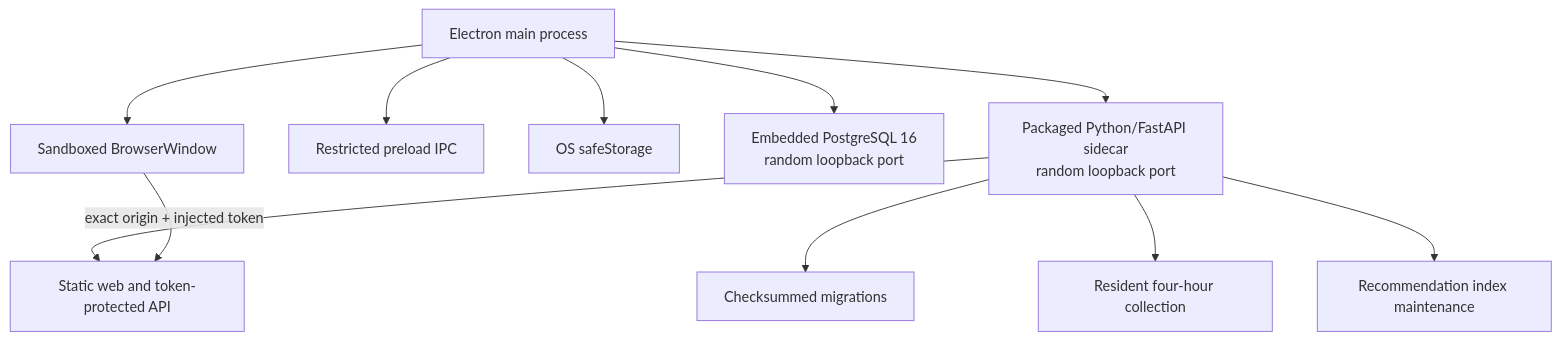
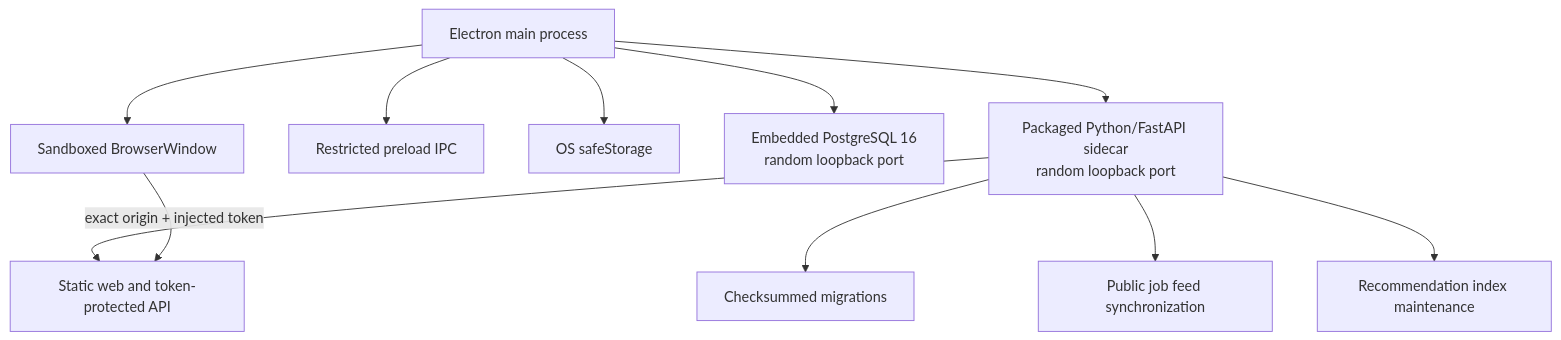
One commit to KaiusJin/WeCanFindIntern changed the first of 3 diagrams in docs/DESKTOP.md. Above: the diagram before and after it, drawn with Mermaid. The commit also changed other lines of this file and 26 other files, not shown here.

Commit message:
Implement cloud job collection, publishing, and desktop feed sync

````diff
--- a/docs/DESKTOP.md
+++ b/docs/DESKTOP.md
@@ -11,13 +11,13 @@
 ```mermaid
 flowchart TD
     E[Electron main process] --> R[Sandboxed BrowserWindow]
     E --> I[Restricted preload IPC]
     E --> S[OS safeStorage]
     E --> P[Embedded PostgreSQL 16<br/>random loopback port]
     E --> B[Packaged Python/FastAPI sidecar<br/>random loopback port]
     B --> M[Checksummed migrations]
     B --> W[Static web and token-protected API]
-    B --> C[Resident four-hour collection]
+    B --> C[Public job feed synchronization]
     B --> X[Recommendation index maintenance]
     R -->|exact origin + injected token| W
 ```
````
